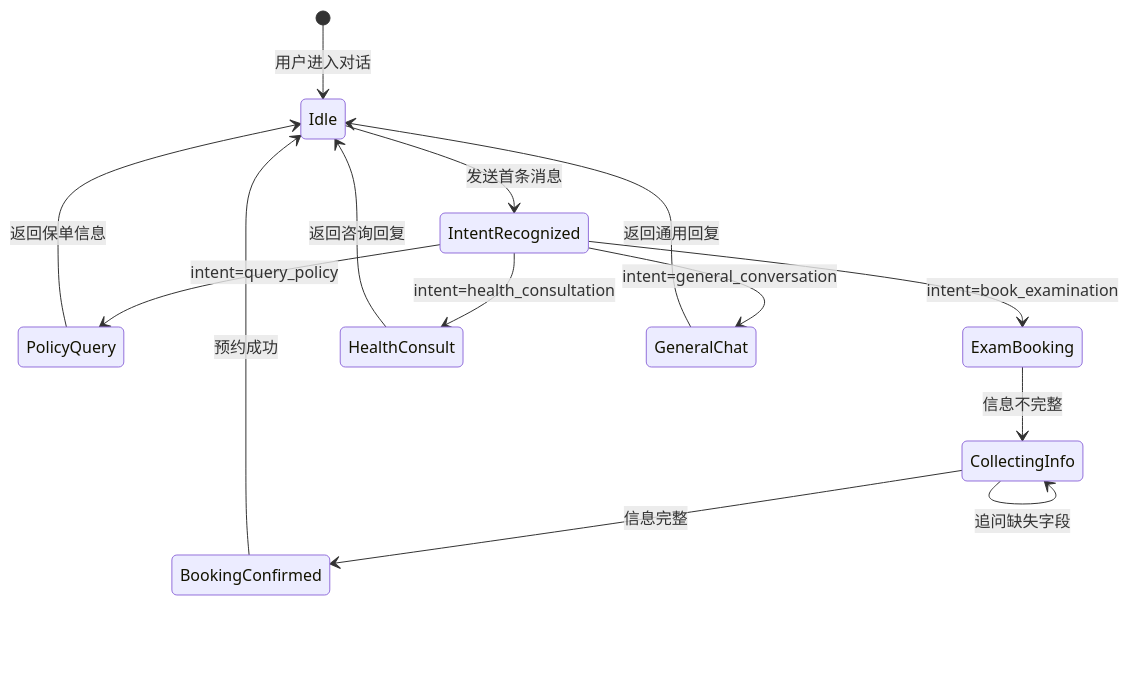
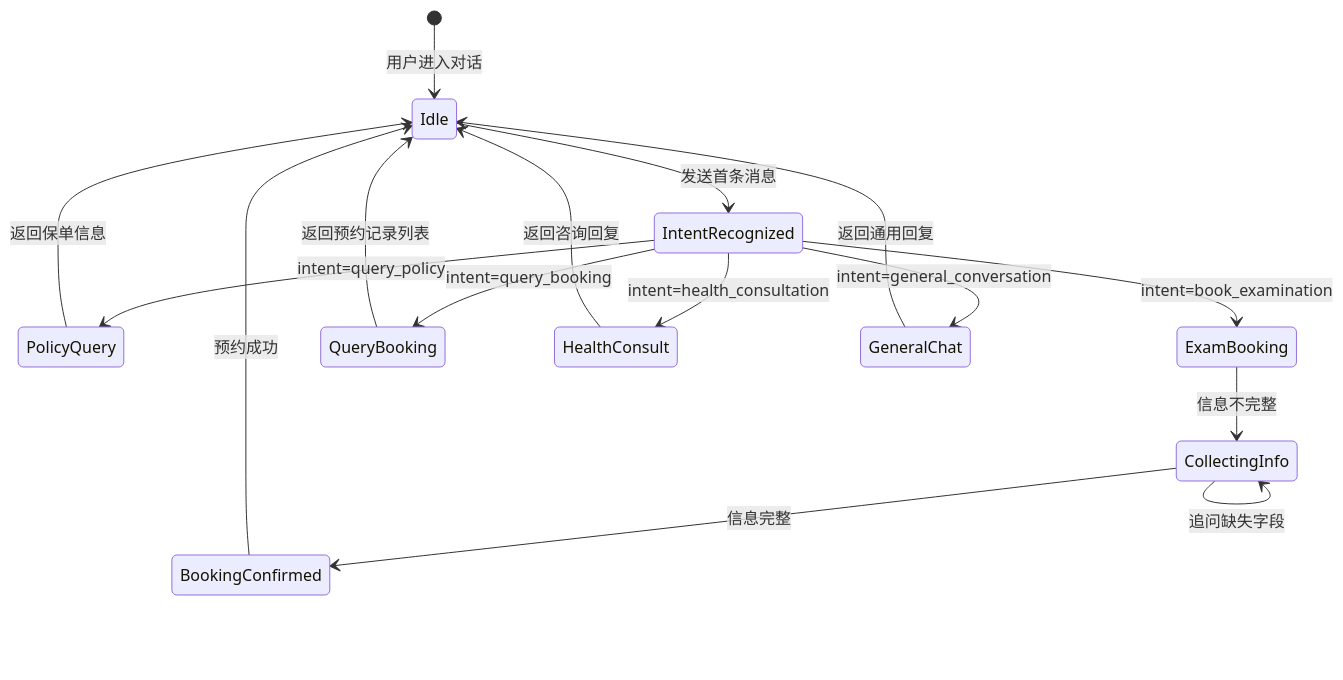
Before and after one commit to ShenZiLi/HealthAgent: the ninth of 10 diagrams in README.md, drawn with Mermaid. The commit also changed other lines of this file, not shown here.

````diff
--- a/README.md
+++ b/README.md
@@ -890,17 +981,19 @@
 ```mermaid
 stateDiagram-v2
     [*] --> Idle: 用户进入对话
     Idle --> IntentRecognized: 发送首条消息
     IntentRecognized --> PolicyQuery: intent=query_policy
     IntentRecognized --> ExamBooking: intent=book_examination
+    IntentRecognized --> QueryBooking: intent=query_booking
     IntentRecognized --> HealthConsult: intent=health_consultation
     IntentRecognized --> GeneralChat: intent=general_conversation
     
     PolicyQuery --> Idle: 返回保单信息
     ExamBooking --> CollectingInfo: 信息不完整
     CollectingInfo --> CollectingInfo: 追问缺失字段
     CollectingInfo --> BookingConfirmed: 信息完整
     BookingConfirmed --> Idle: 预约成功
+    QueryBooking --> Idle: 返回预约记录列表
     HealthConsult --> Idle: 返回咨询回复
     GeneralChat --> Idle: 返回通用回复
 ```
````
